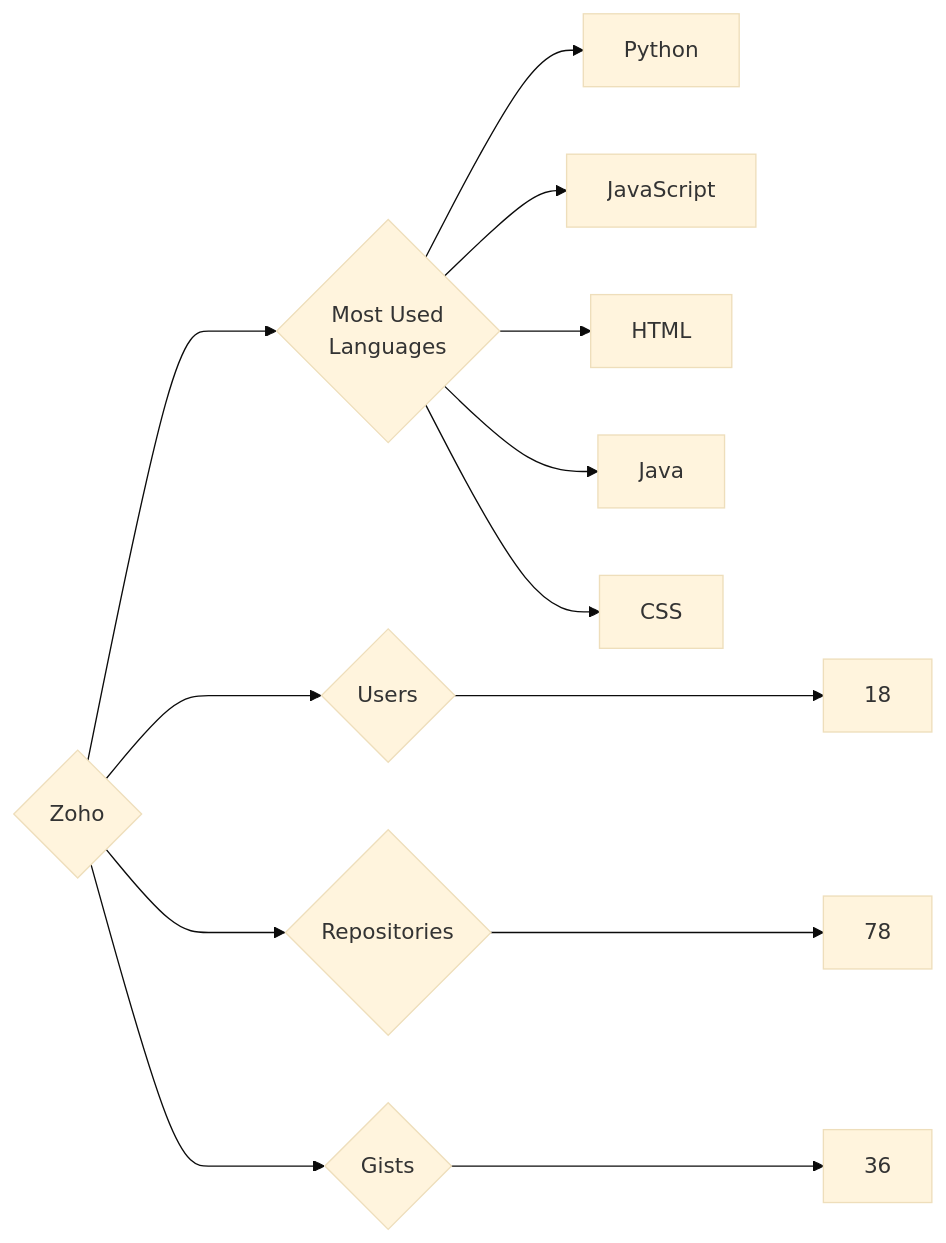
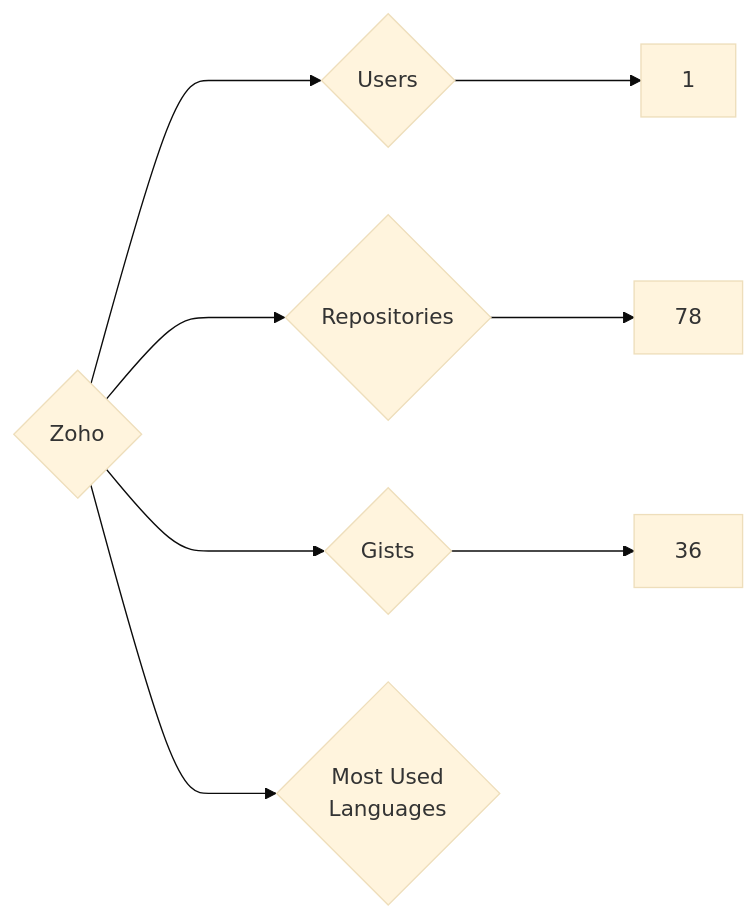
One commit to trickest/insiders changed the diagram in targets/Zoho/README.md. Above: the diagram before and after it, drawn with Mermaid (base theme). The commit also changed 728 other files, not shown here.

````diff
--- a/targets/Zoho/README.md
+++ b/targets/Zoho/README.md
@@ -3,13 +3,8 @@
 ```mermaid
 graph LR
 COMPANY_NAME{Zoho}
-COMPANY_NAME ---> U{Users} ---> UN[18]
+COMPANY_NAME ---> U{Users} ---> UN[1]
 COMPANY_NAME ---> R{Repositories} ---> RN[78]
 COMPANY_NAME ---> G{Gists} ---> GN[36]
 COMPANY_NAME ---> ML{Most Used<br>Languages}
-ML --> Python[Python]
-ML --> JavaScript[JavaScript]
-ML --> HTML[HTML]
-ML --> Java[Java]
-ML --> CSS[CSS]
 ```
````
